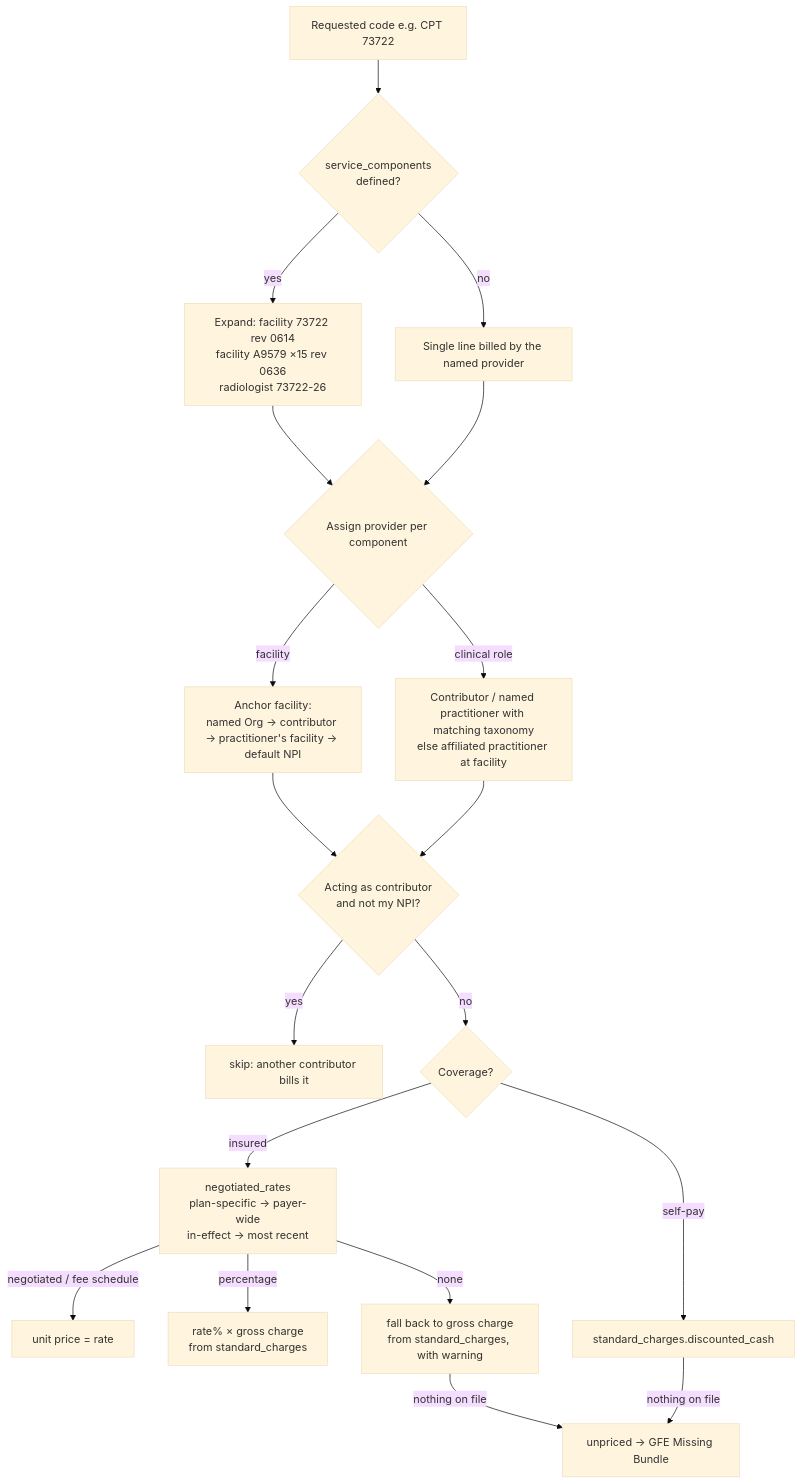
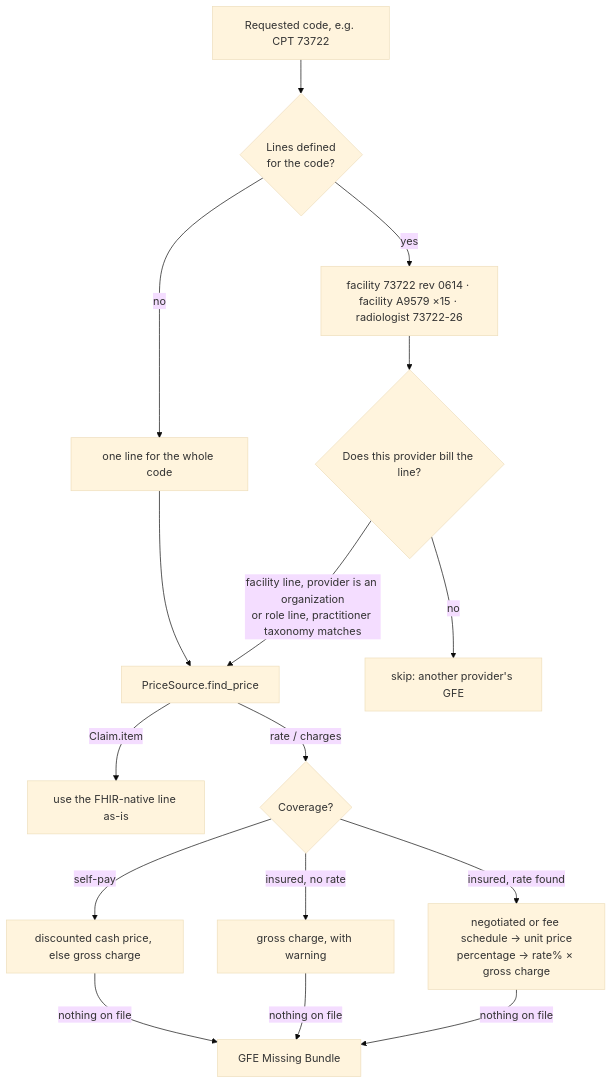
One commit to serif-health/gfe_demo changed the fourth of 5 diagrams in README.md. Above: the diagram before and after it, drawn with Mermaid (base theme). The commit also changed other lines of this file and 30 other files, not shown here.

````diff
--- a/README.md
+++ b/README.md
@@ -213,18 +174,16 @@
 ```mermaid
 flowchart TD
-    A[Requested code e.g. CPT 73722] --> B{service_components<br/>defined?}
-    B -->|"yes"| C[Expand: facility 73722 rev 0614<br/>facility A9579 ×15 rev 0636<br/>radiologist 73722-26]
-    B -->|"no"| C2[Single line billed by the named provider]
-    C & C2 --> D{Assign provider per component}
-    D -->|"facility"| D1[Anchor facility:<br/>named Org → contributor → practitioner's facility → default NPI]
-    D -->|"clinical role"| D2[Contributor / named practitioner with matching taxonomy<br/>else affiliated practitioner at facility]
-    D1 & D2 --> E{Acting as contributor<br/>and not my NPI?}
-    E -->|"yes"| SKIP[skip: another contributor bills it]
-    E -->|"no"| F{Coverage?}
-    F -->|"insured"| G[negotiated_rates<br/>plan-specific → payer-wide<br/>in-effect → most recent]
-    G -->|"negotiated / fee schedule"| P[unit price = rate]
-    G -->|"percentage"| H[rate% × gross charge<br/>from standard_charges]
-    G -->|"none"| I[fall back to gross charge<br/>from standard_charges, with warning]
-    F -->|"self-pay"| J[standard_charges.discounted_cash]
-    I & J -->|"nothing on file"| M[unpriced → GFE Missing Bundle]
+    A[Requested code, e.g. CPT 73722] --> B{Lines defined<br/>for the code?}
+    B -->|"yes"| C[facility 73722 rev 0614 · facility A9579 ×15 · radiologist 73722-26]
+    B -->|"no"| C2[one line for the whole code]
+    C --> D{Does this provider bill the line?}
+    D -->|"facility line, provider is an organization<br/>or role line, practitioner taxonomy matches"| F
+    D -->|"no"| SKIP[skip: another provider's GFE]
+    C2 --> F[PriceSource.find_price]
+    F -->|"Claim.item"| N[use the FHIR-native line as-is]
+    F -->|"rate / charges"| G{Coverage?}
+    G -->|"insured, rate found"| H[negotiated or fee schedule → unit price<br/>percentage → rate% × gross charge]
+    G -->|"insured, no rate"| I[gross charge, with warning]
+    G -->|"self-pay"| J[discounted cash price, else gross charge]
+    H & I & J -->|"nothing on file"| M[GFE Missing Bundle]
 ```
````
